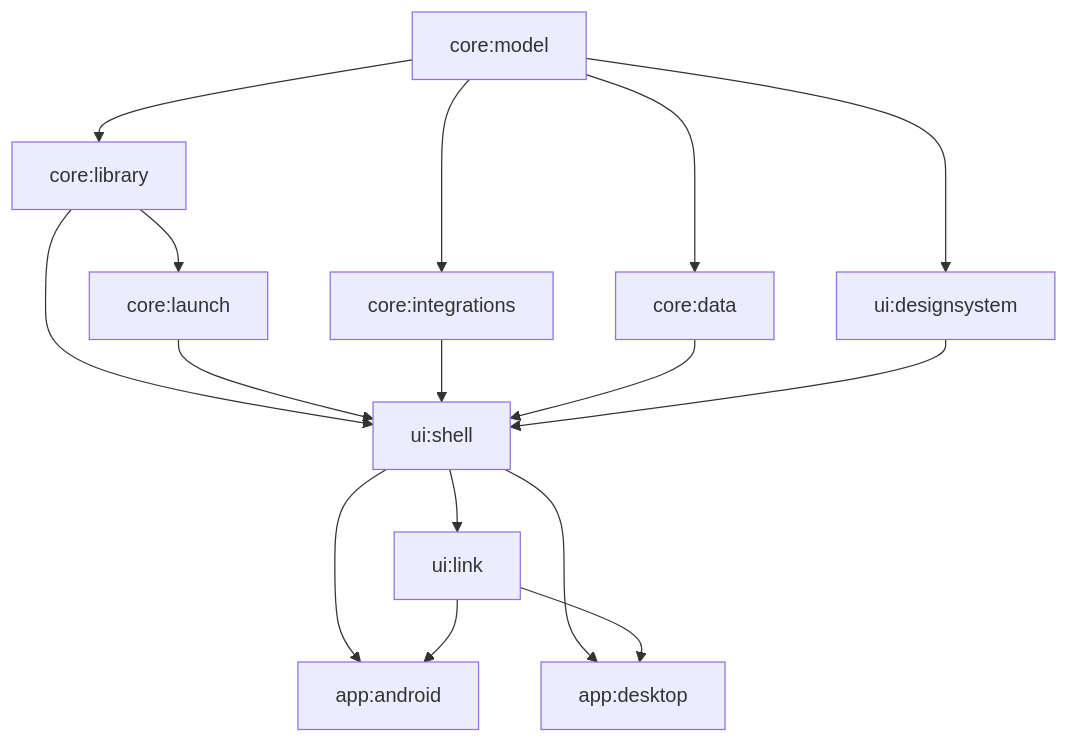
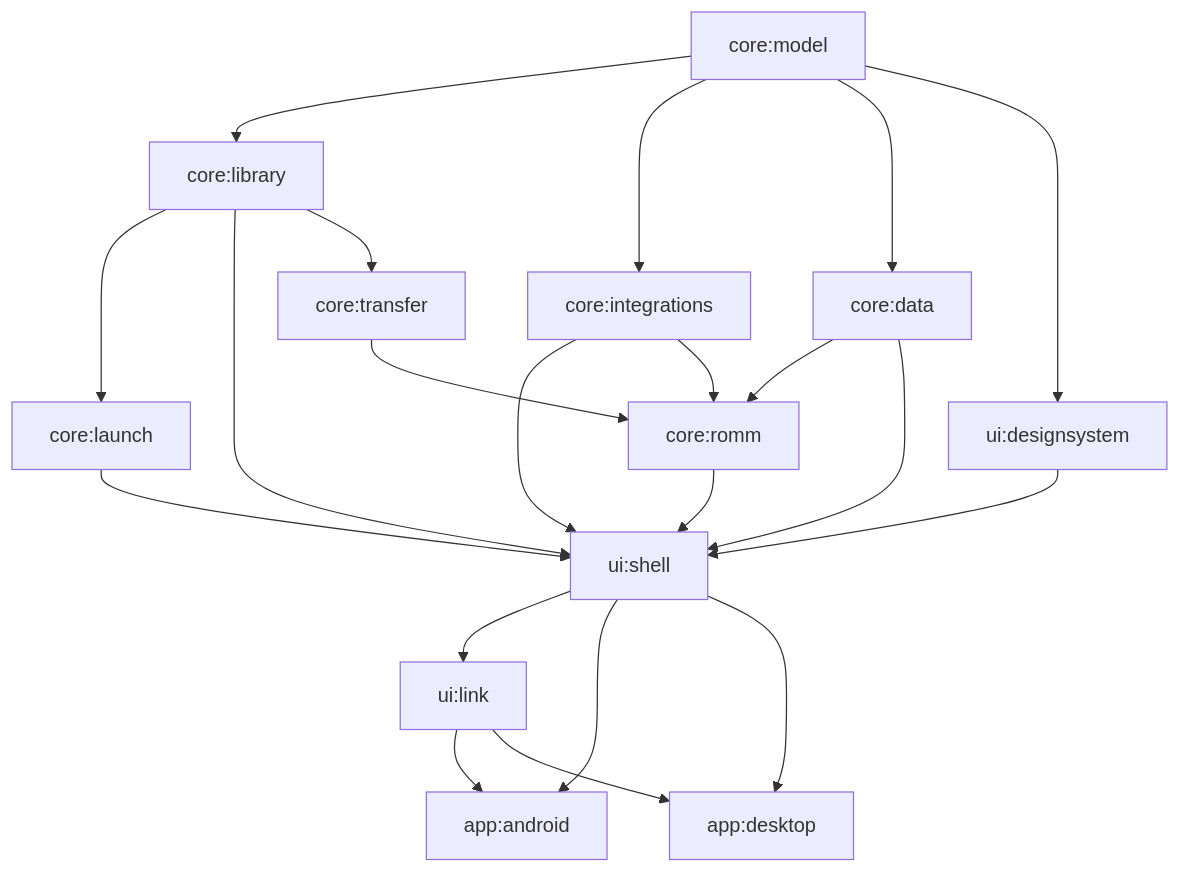
The diagram in ARCHITECTURE.md (MAtiyaaa/fuse), drawn with Mermaid before and after one commit. The commit also changed other lines of this file and 11 other files, not shown here.

````diff
--- a/ARCHITECTURE.md
+++ b/ARCHITECTURE.md
@@ -35,29 +35,36 @@
 ```mermaid
 flowchart TD
     model[core:model]
     library[core:library]
     launch[core:launch]
     integrations[core:integrations]
     data[core:data]
+    transfer[core:transfer]
+    romm[core:romm]
     ds[ui:designsystem]
     shell[ui:shell]
     link[ui:link]
     android[app:android]
     desktop[app:desktop]
 
     model --> library
     model --> integrations
     model --> data
     model --> ds
     library --> launch
     library --> shell
     launch --> shell
     integrations --> shell
+    library --> transfer
+    transfer --> romm
+    data --> romm
+    integrations --> romm
+    romm --> shell
     data --> shell
     ds --> shell
     shell --> link
     shell --> android
     shell --> desktop
     link --> android
     link --> desktop
 ```
````
